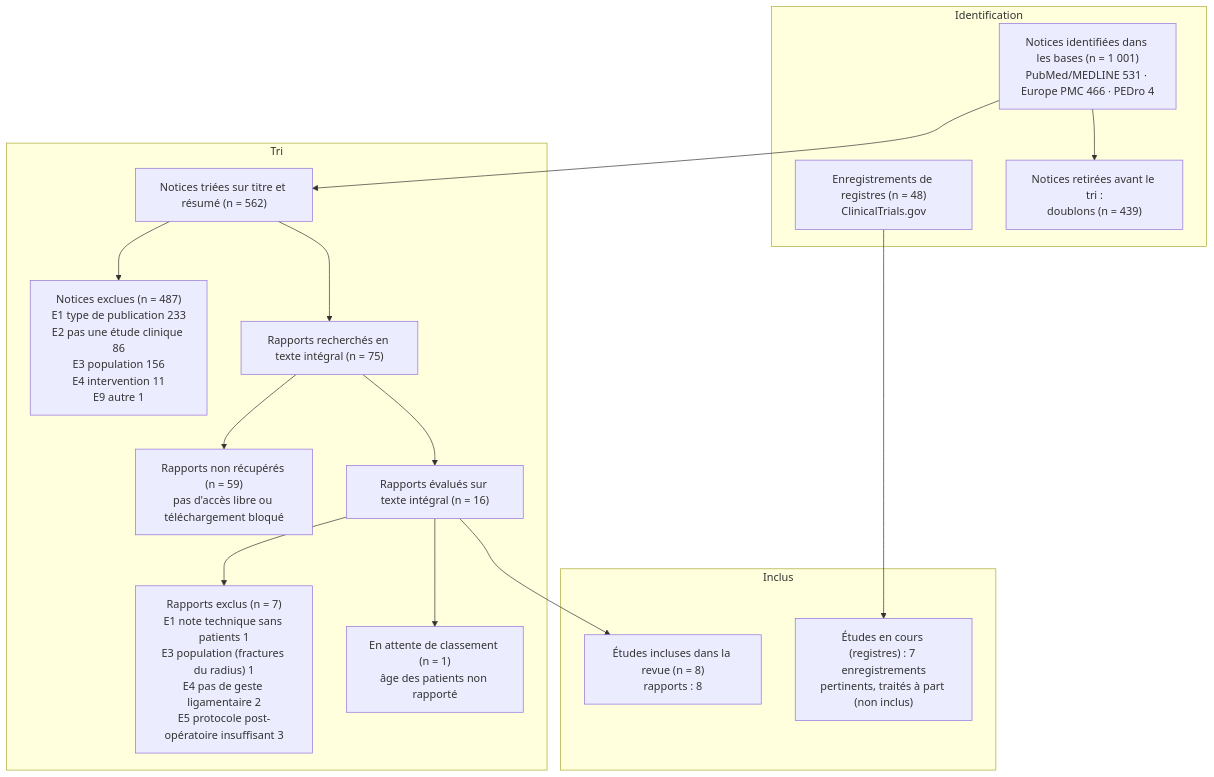
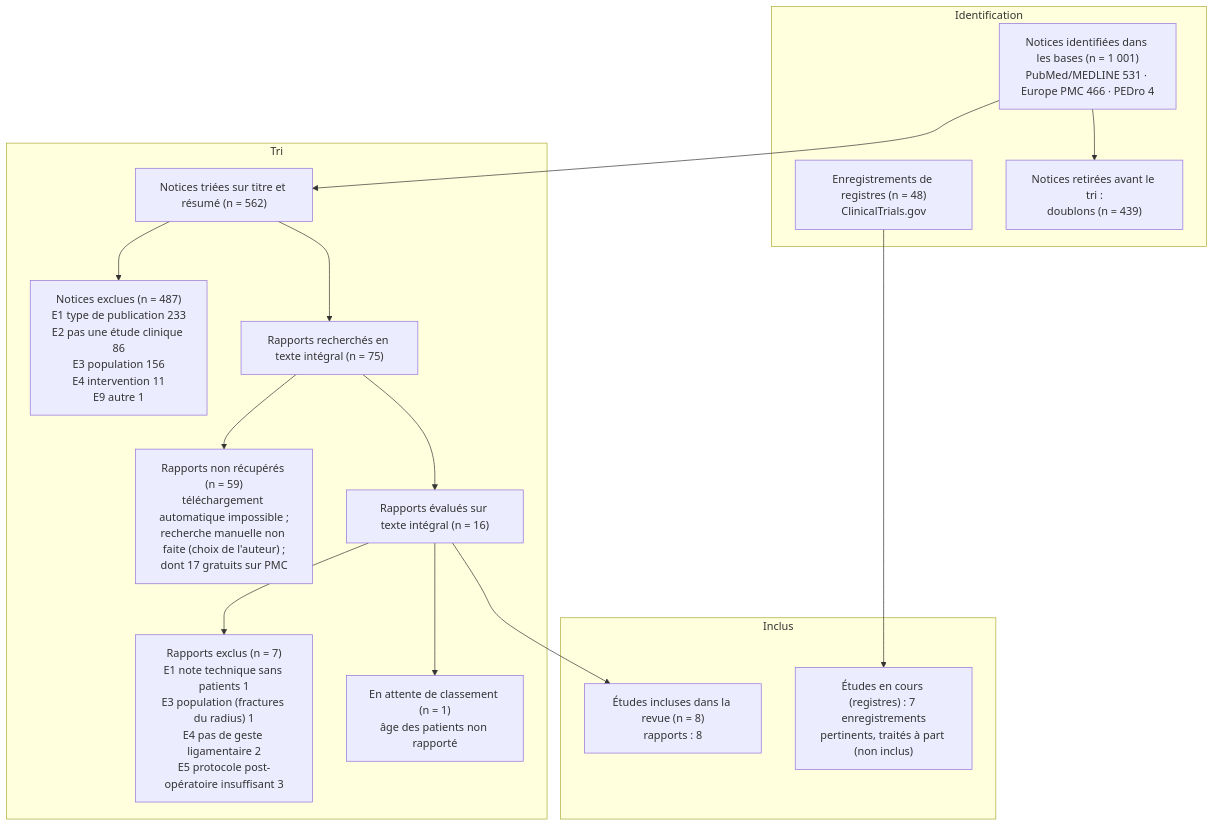
Before and after one commit to hora3008/academic-research-skills: the diagram in tfe-ligamentoplastie-SL/etape1_recherche/phase3/00_PRISMA_final.md, drawn with Mermaid. The commit also changed other lines of this file and 9 other files, not shown here.

````diff
--- a/tfe-ligamentoplastie-SL/etape1_recherche/phase3/00_PRISMA_final.md
+++ b/tfe-ligamentoplastie-SL/etape1_recherche/phase3/00_PRISMA_final.md
@@ -6,31 +6,31 @@
 ```mermaid
 flowchart TD
   subgraph ID["Identification"]
     A["Notices identifiées dans les bases (n = 1 001)<br/>PubMed/MEDLINE 531 · Europe PMC 466 · PEDro 4"]
     R["Enregistrements de registres (n = 48)<br/>ClinicalTrials.gov"]
     D["Notices retirées avant le tri :<br/>doublons (n = 439)"]
   end
   subgraph TRI["Tri"]
     S["Notices triées sur titre et résumé (n = 562)"]
     X1["Notices exclues (n = 487)<br/>E1 type de publication 233<br/>E2 pas une étude clinique 86<br/>E3 population 156<br/>E4 intervention 11<br/>E9 autre 1"]
     F["Rapports recherchés en texte intégral (n = 75)"]
-    N["Rapports non récupérés (n = 59)<br/>pas d'accès libre ou téléchargement bloqué"]
+    N["Rapports non récupérés (n = 59)<br/>téléchargement automatique impossible ;<br/>recherche manuelle non faite (choix de l'auteur) ;<br/>dont 17 gratuits sur PMC"]
     E["Rapports évalués sur texte intégral (n = 16)"]
     X2["Rapports exclus (n = 7)<br/>E1 note technique sans patients 1<br/>E3 population (fractures du radius) 1<br/>E4 pas de geste ligamentaire 2<br/>E5 protocole post-opératoire insuffisant 3"]
     U["En attente de classement (n = 1)<br/>âge des patients non rapporté"]
   end
   subgraph INC["Inclus"]
     I["Études incluses dans la revue (n = 8)<br/>rapports : 8"]
     O["Études en cours (registres) : 7 enregistrements<br/>pertinents, traités à part (non inclus)"]
   end
   A --> D
   A --> S
   S --> X1
   S --> F
   F --> N
   F --> E
   E --> X2
   E --> U
   E --> I
   R --> O
 ```
````
